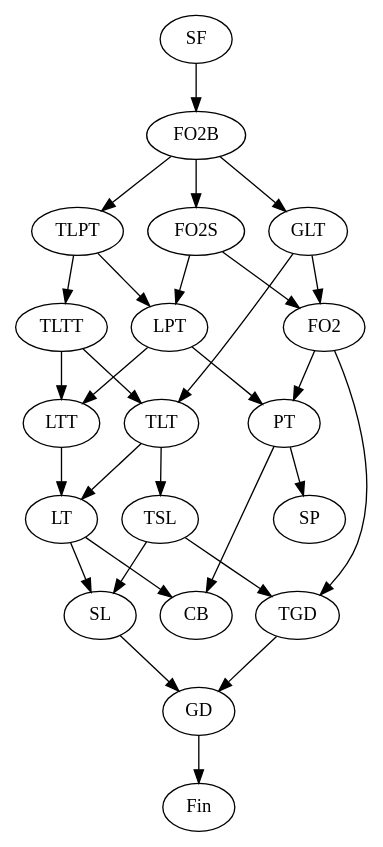
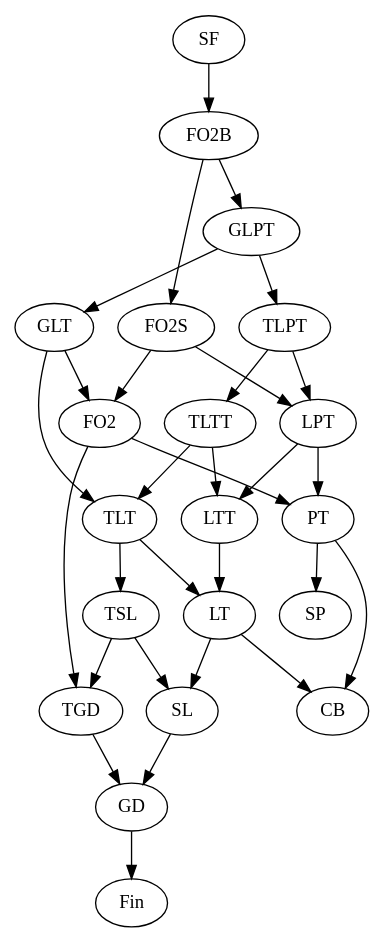
Before and after one commit to vvulpes0/Language-Toolkit-2: the diagram in hierarchy.dot, drawn with Graphviz. The commit also changed 5 other files, not shown here.

```diff
--- a/hierarchy.dot
+++ b/hierarchy.dot
@@ -1,30 +1,31 @@
 digraph subreg {
 SF -> FO2B;
 FO2B -> FO2S;
 FO2S -> FO2;
 FO2 -> PT;
 PT -> SP;
 LTT -> LT;
 LT -> SL;
 TLTT -> LTT;
 TLTT -> TLT;
 TLT -> LT;
 TLT -> TSL;
 TSL -> SL;
-FO2B -> GLT;
+FO2B -> GLPT;
+GLPT -> GLT;
 GLT -> TLT;
 GLT -> FO2;
 FO2S -> LPT;
 LPT -> LTT;
 LPT -> PT;
-FO2B -> TLPT;
+GLPT -> TLPT;
 TLPT -> TLTT;
 TLPT -> LPT;
 TSL -> TGD;
 FO2 -> TGD;
 TGD -> GD;
 SL -> GD;
 GD -> Fin;
 PT -> CB;
 LT -> CB;
 }
```
